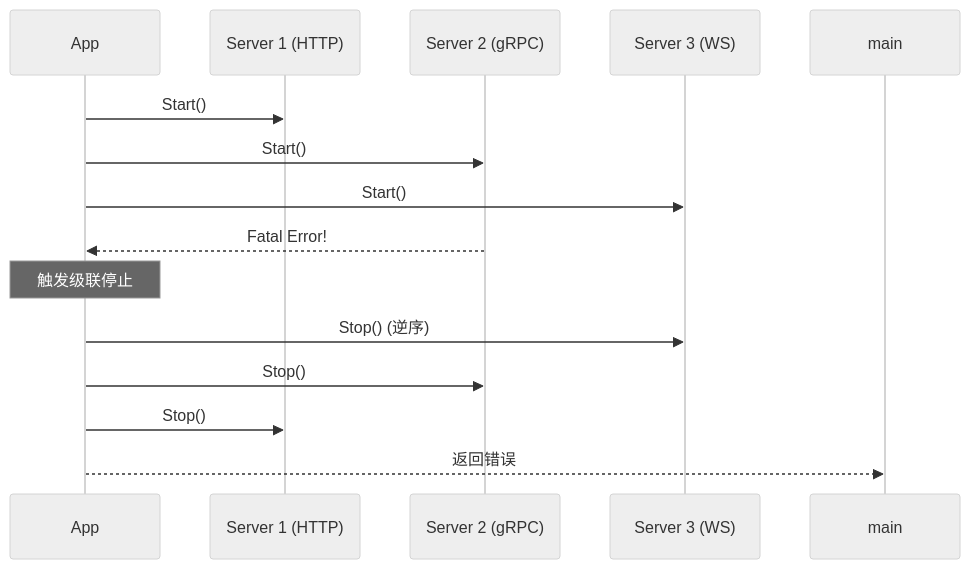
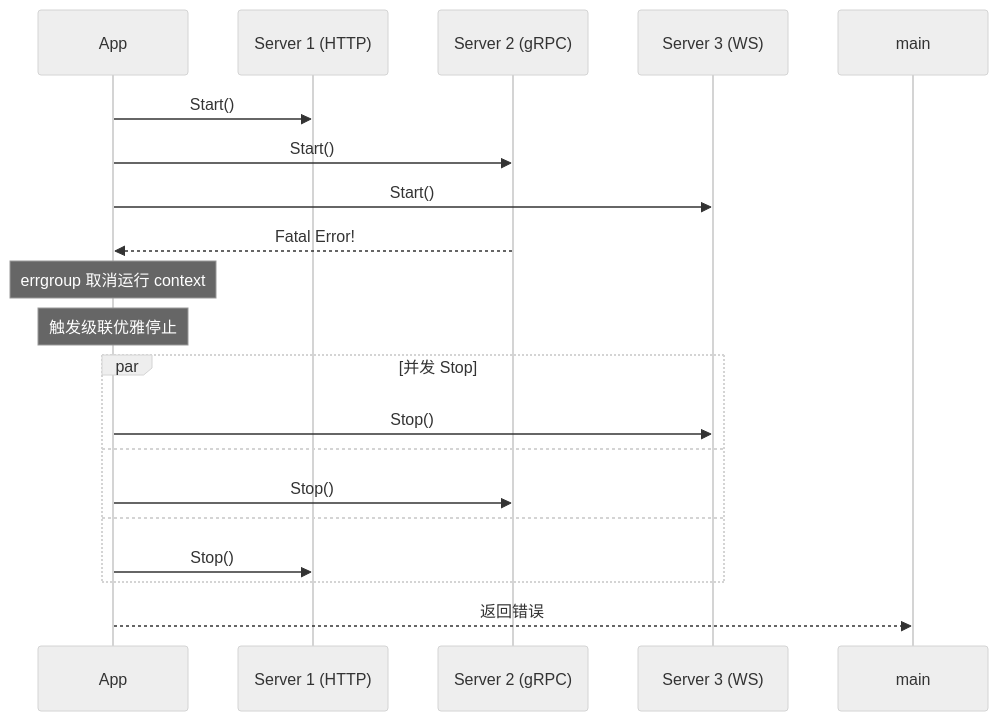
Before and after one commit to tx7do/gowind-website: the second of 2 diagrams in docs/framework/core-lifecycle.md, drawn with Mermaid (neutral theme). The commit also changed other lines of this file and 172 other files, not shown here.

````diff
--- a/docs/framework/core-lifecycle.md
+++ b/docs/framework/core-lifecycle.md
@@ -92,19 +114,24 @@
 ```mermaid
 sequenceDiagram
     participant App
     participant S1 as Server 1 (HTTP)
     participant S2 as Server 2 (gRPC)
     participant S3 as Server 3 (WS)
 
     App->>S1: Start()
     App->>S2: Start()
     App->>S3: Start()
 
     S2-->>App: Fatal Error!
 
-    Note over App: 触发级联停止
-    App->>S3: Stop() (逆序)
-    App->>S2: Stop()
-    App->>S1: Stop()
+    Note over App: errgroup 取消运行 context
+    Note over App: 触发级联优雅停止
+    par 并发 Stop
+        App->>S3: Stop()
+    and
+        App->>S2: Stop()
+    and
+        App->>S1: Stop()
+    end
     App-->>main: 返回错误
 ```
````
